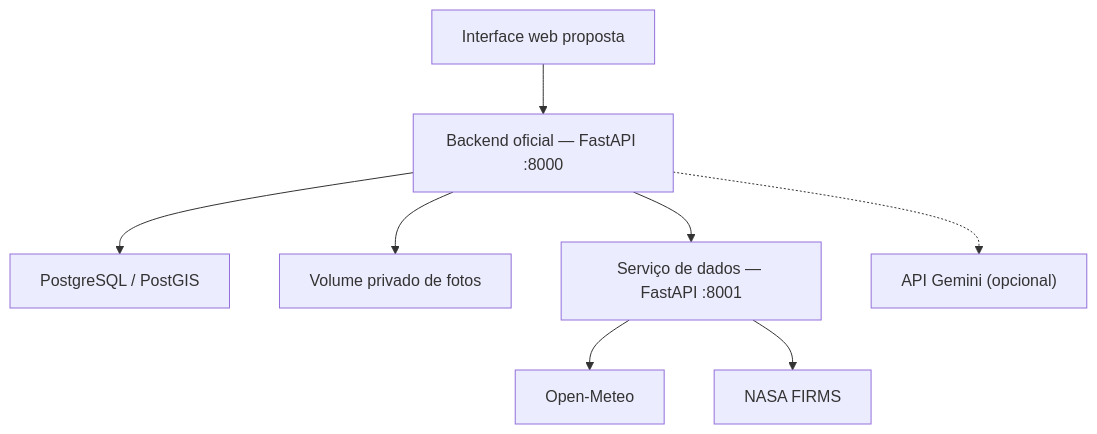
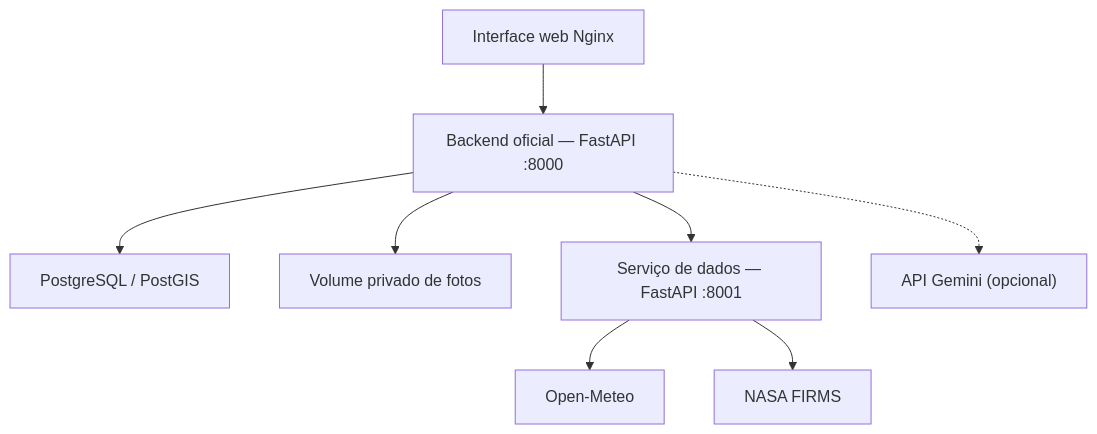
The first of 2 diagrams in README.pt-BR.md (armandor123/terra-firma), drawn with Mermaid before and after one commit. The commit also changed other lines of this file and 5 other files, not shown here.

````diff
--- a/README.pt-BR.md
+++ b/README.pt-BR.md
@@ -108,10 +108,10 @@
 ```mermaid
 flowchart TD
-    M["Interface web proposta"] --> B["Backend oficial — FastAPI :8000"]
+    M["Interface web Nginx"] --> B["Backend oficial — FastAPI :8000"]
     B --> P["PostgreSQL / PostGIS"]
     B --> F["Volume privado de fotos"]
     B --> D["Serviço de dados — FastAPI :8001"]
     B -.-> V["API Gemini (opcional)"]
     D --> W["Open-Meteo"]
     D --> N["NASA FIRMS"]
 ```
````
